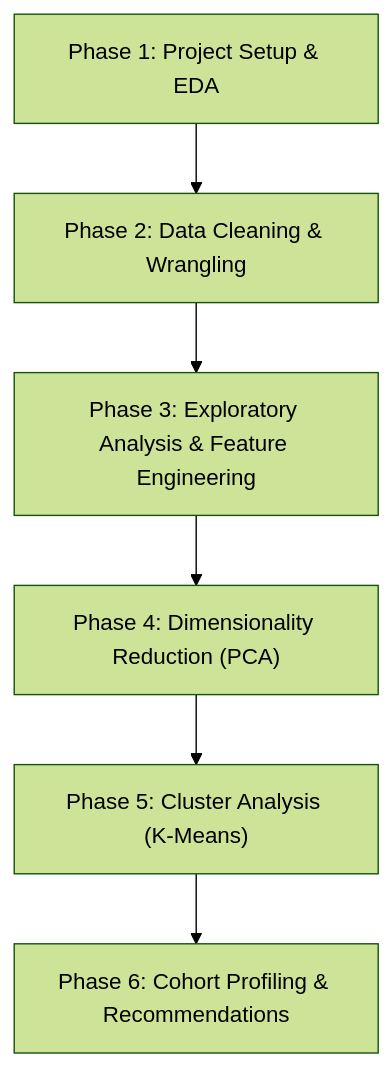
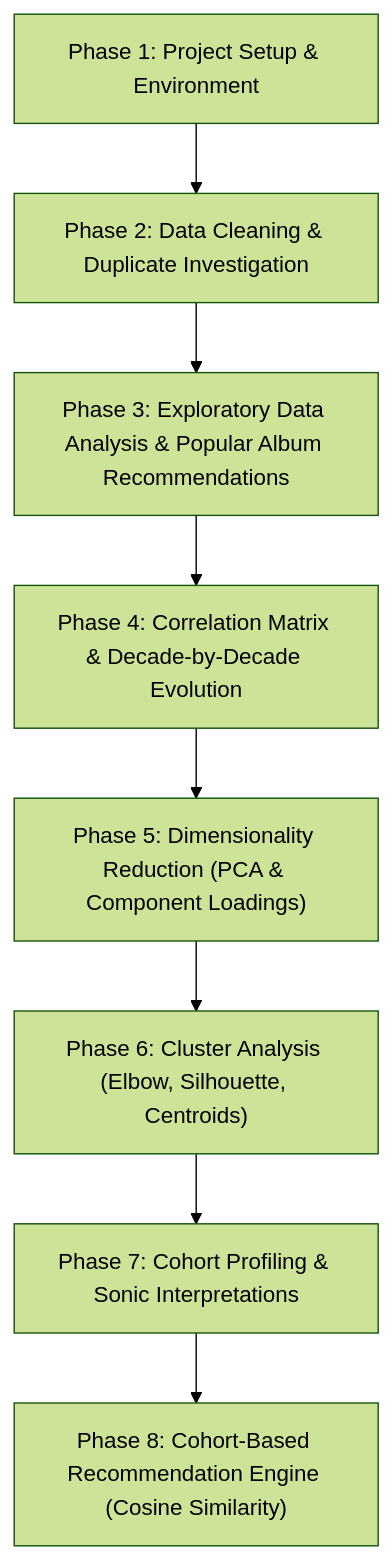
Before and after one commit to JigneshRana/IHFC-Leaning: the diagram in Project 4.2 Creating Cohorts of Song/project_plan.md, drawn with Mermaid (forest theme). The commit also changed other lines of this file and 3 other files, not shown here.

````diff
--- a/Project 4.2 Creating Cohorts of Song/project_plan.md
+++ b/Project 4.2 Creating Cohorts of Song/project_plan.md
@@ -96,8 +96,10 @@
 ```mermaid
 graph TD
-    A["Phase 1: Project Setup & EDA"] --> B["Phase 2: Data Cleaning & Wrangling"]
-    B --> C["Phase 3: Exploratory Analysis & Feature Engineering"]
-    C --> D["Phase 4: Dimensionality Reduction (PCA)"]
-    D --> E["Phase 5: Cluster Analysis (K-Means)"]
-    E --> F["Phase 6: Cohort Profiling & Recommendations"]
+    A["Phase 1: Project Setup & Environment"] --> B["Phase 2: Data Cleaning & Duplicate Investigation"]
+    B --> C["Phase 3: Exploratory Data Analysis & Popular Album Recommendations"]
+    C --> D["Phase 4: Correlation Matrix & Decade-by-Decade Evolution"]
+    D --> E["Phase 5: Dimensionality Reduction (PCA & Component Loadings)"]
+    E --> F["Phase 6: Cluster Analysis (Elbow, Silhouette, Centroids)"]
+    F --> G["Phase 7: Cohort Profiling & Sonic Interpretations"]
+    G --> H["Phase 8: Cohort-Based Recommendation Engine (Cosine Similarity)"]
 ```
````
